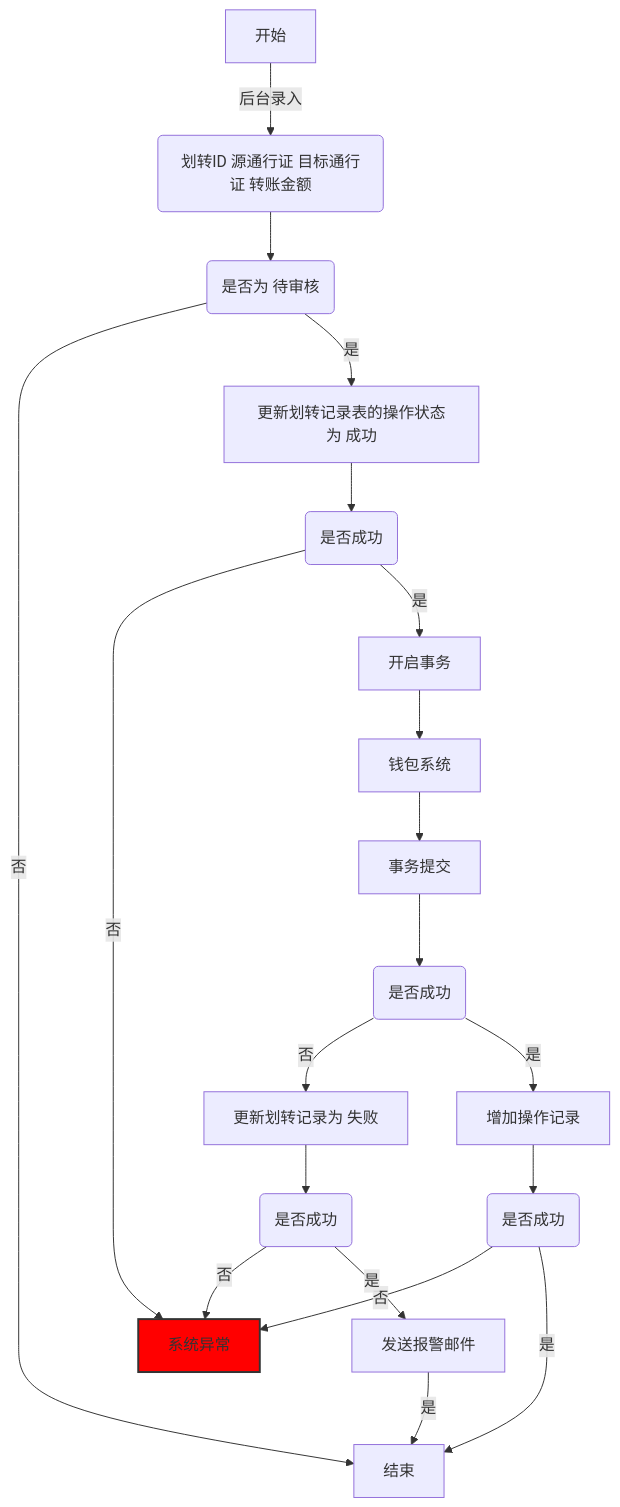
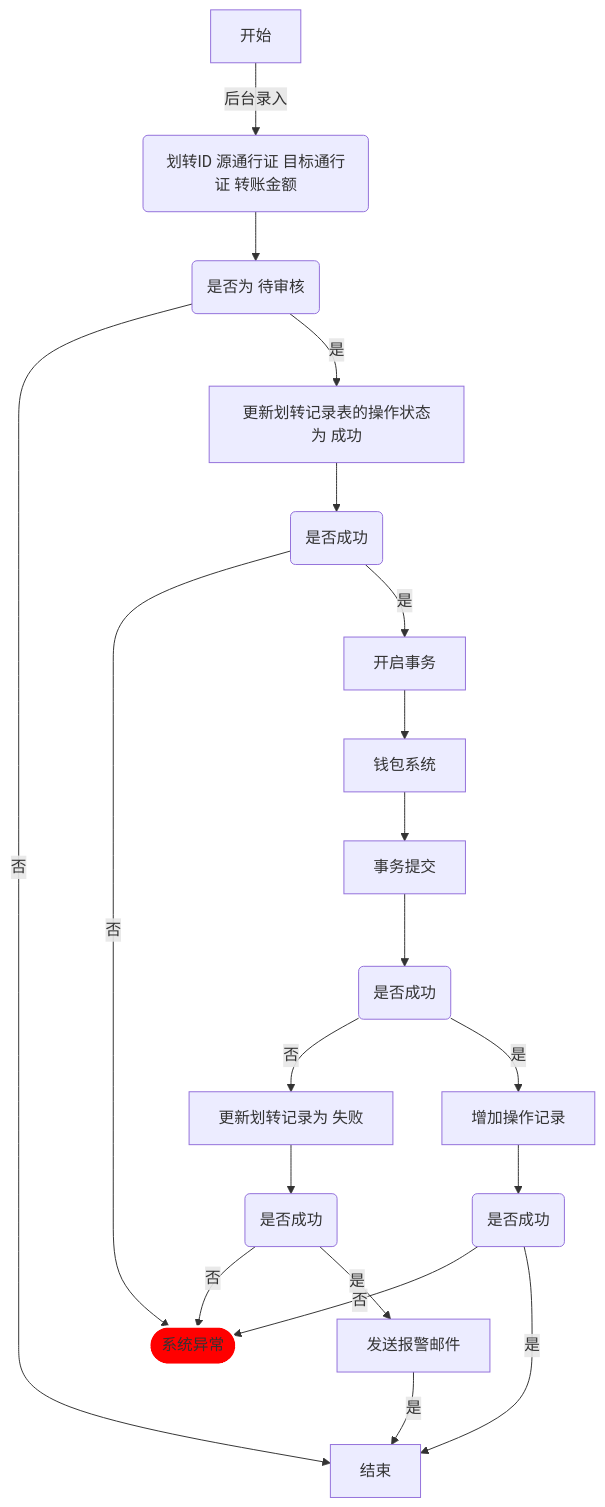
The diagram in README.md (ma-luyang/shimobang), drawn with Mermaid before and after one commit.

````diff
--- a/README.md
+++ b/README.md
@@ -3,29 +3,29 @@
 ```mermaid
 flowchart TB
     A[开始] -->|后台录入| B(划转ID 源通行证 目标通行证 转账金额)
     
     B --> C(是否为 待审核);
     C -->|否|Z[结束];
     C -->|是|D[更新划转记录表的操作状态为 成功];
     
     D --> E(是否成功);
-    E -->|否|X[系统异常];
+    E -->|否|X([系统异常]);
     E -->|是|F[开启事务];
     F --> G[钱包系统];
     G --> H[事务提交];
     
     H --> I(是否成功);
     I -->|否|J[更新划转记录为 失败];
     I -->|是|K[增加操作记录];
     
     K --> L(是否成功);
-    L -->|否|X[系统异常];
+    L -->|否|X([系统异常]);
     L -->|是|Z[结束];
     
     J --> M(是否成功);
-    M -->|否|X[系统异常];
+    M -->|否|X([系统异常]);
     M -->|是|N[发送报警邮件];
     N -->|是|Z[结束];
     
-    style X fill:#FF0000,stroke:#333,stroke-width:2px
+    style X fill:#FF0000,stroke:#FFFFFF,stroke-width:2px
 ```
````
